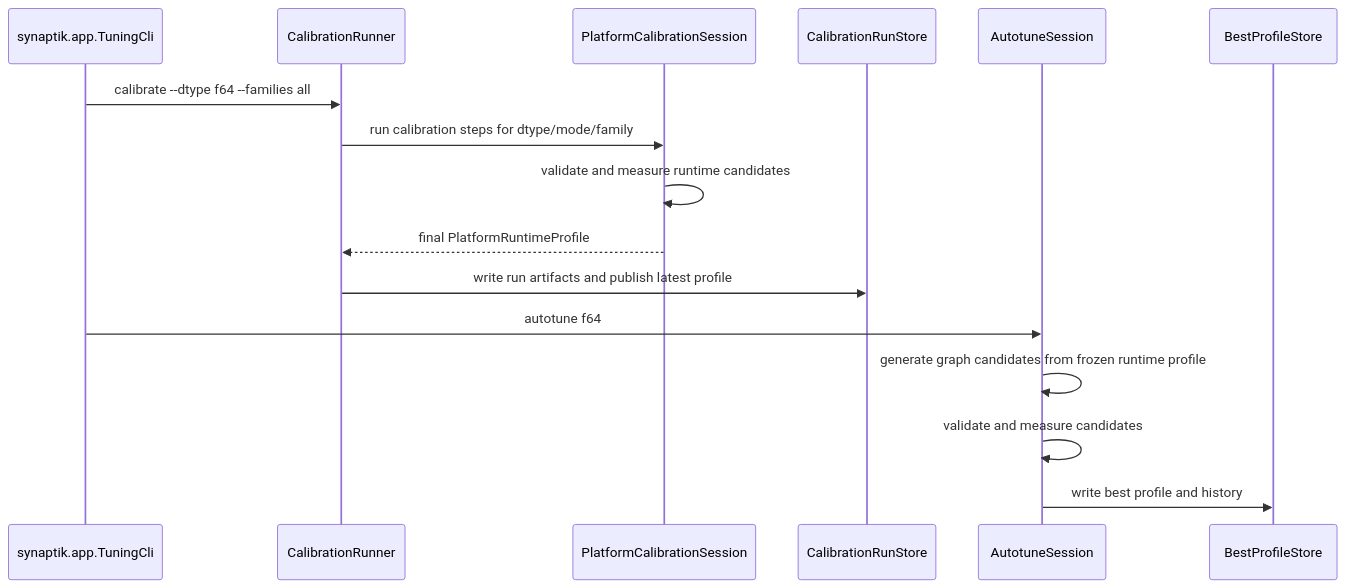
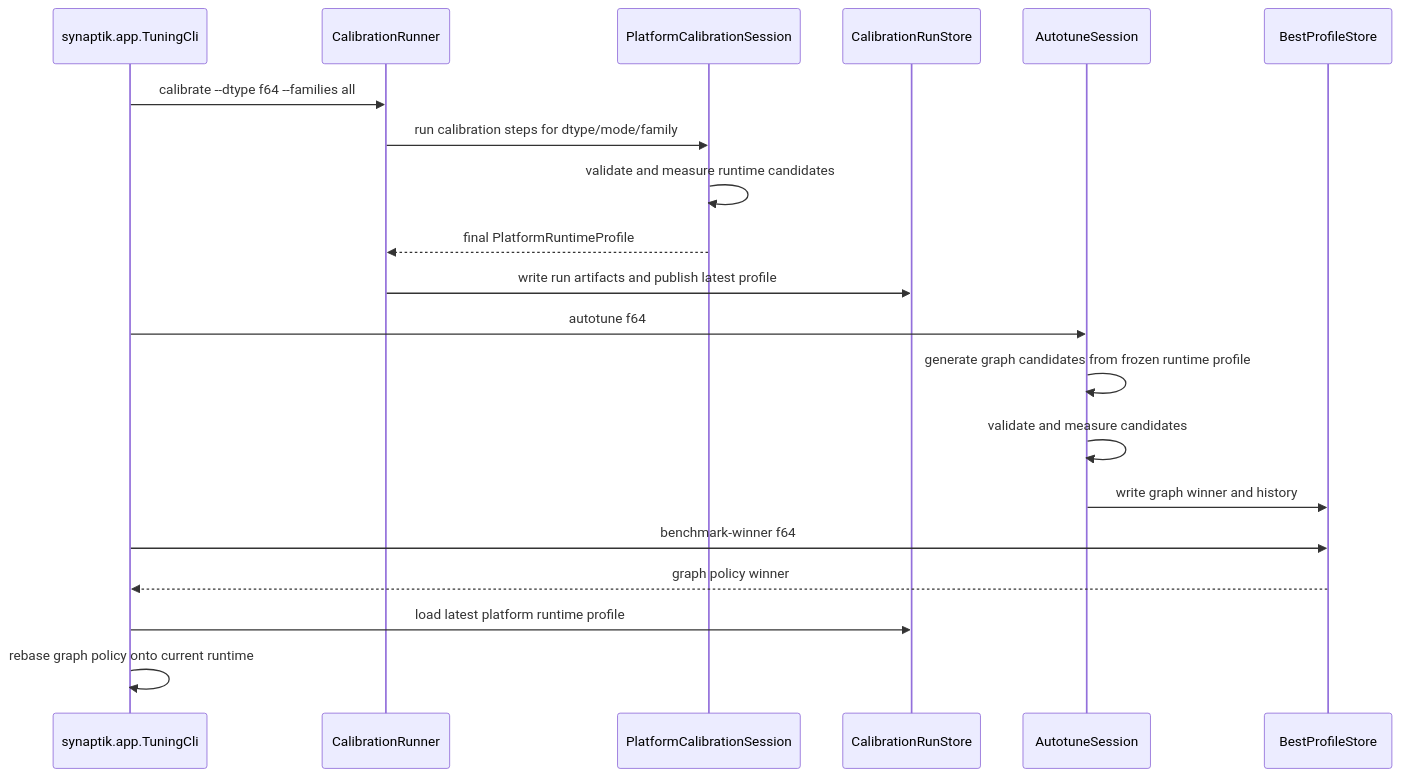
One commit to pho001/Synaptik changed the second of 7 diagrams in docs/calibration-autotune.md. Above: the diagram before and after it, drawn with Mermaid. The commit also changed other lines of this file and 20 other files, not shown here.

Commit message:
tuning: rebase graph winners and add transformer workload

````diff
--- a/docs/calibration-autotune.md
+++ b/docs/calibration-autotune.md
@@ -113,19 +113,23 @@
 ```mermaid
 sequenceDiagram
     participant CLI as synaptik.app.TuningCli
     participant Cal as CalibrationRunner
     participant Session as PlatformCalibrationSession
     participant Store as CalibrationRunStore
     participant Auto as AutotuneSession
     participant Best as BestProfileStore
 
     CLI->>Cal: calibrate --dtype f64 --families all
     Cal->>Session: run calibration steps for dtype/mode/family
     Session->>Session: validate and measure runtime candidates
     Session-->>Cal: final PlatformRuntimeProfile
     Cal->>Store: write run artifacts and publish latest profile
     CLI->>Auto: autotune f64
     Auto->>Auto: generate graph candidates from frozen runtime profile
     Auto->>Auto: validate and measure candidates
-    Auto->>Best: write best profile and history
+    Auto->>Best: write graph winner and history
+    CLI->>Best: benchmark-winner f64
+    Best-->>CLI: graph policy winner
+    CLI->>Store: load latest platform runtime profile
+    CLI->>CLI: rebase graph policy onto current runtime
 ```
````
